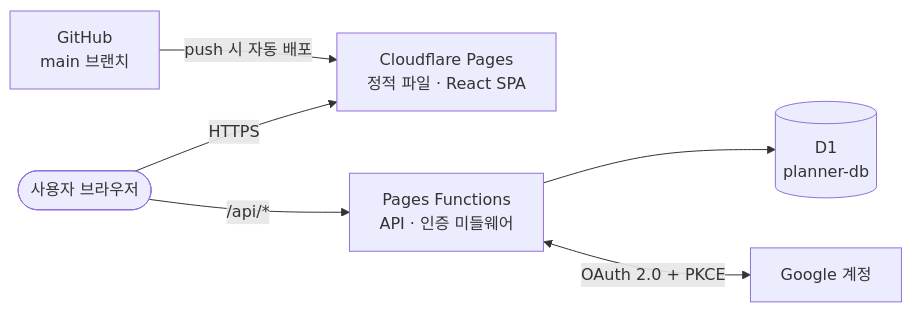
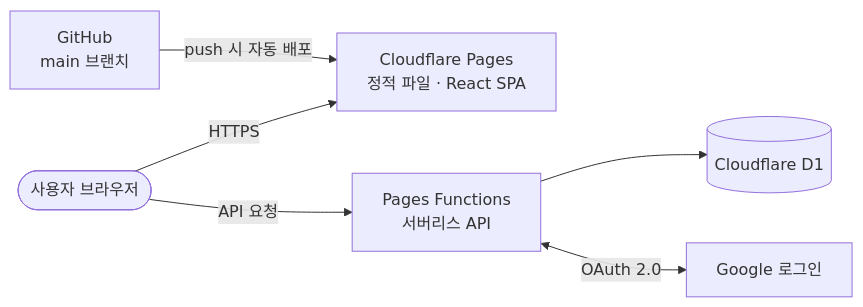
One commit to PswHp/my-planner changed the diagram in README.md. Above: the diagram before and after it, drawn with Mermaid. The commit also changed other lines of this file and 1 other file, not shown here.

````diff
--- a/README.md
+++ b/README.md
@@ -43,8 +40,8 @@
 ```mermaid
 flowchart LR
     U([사용자 브라우저]) -->|HTTPS| P[Cloudflare Pages<br/>정적 파일 · React SPA]
-    U -->|/api/*| F[Pages Functions<br/>API · 인증 미들웨어]
-    F --> D[(D1<br/>planner-db)]
-    F <-->|OAuth 2.0 + PKCE| G[Google 계정]
+    U -->|API 요청| F[Pages Functions<br/>서버리스 API]
+    F --> D[(Cloudflare D1)]
+    F <-->|OAuth 2.0| G[Google 로그인]
     GH[GitHub<br/>main 브랜치] -->|push 시 자동 배포| P
 ```
````
